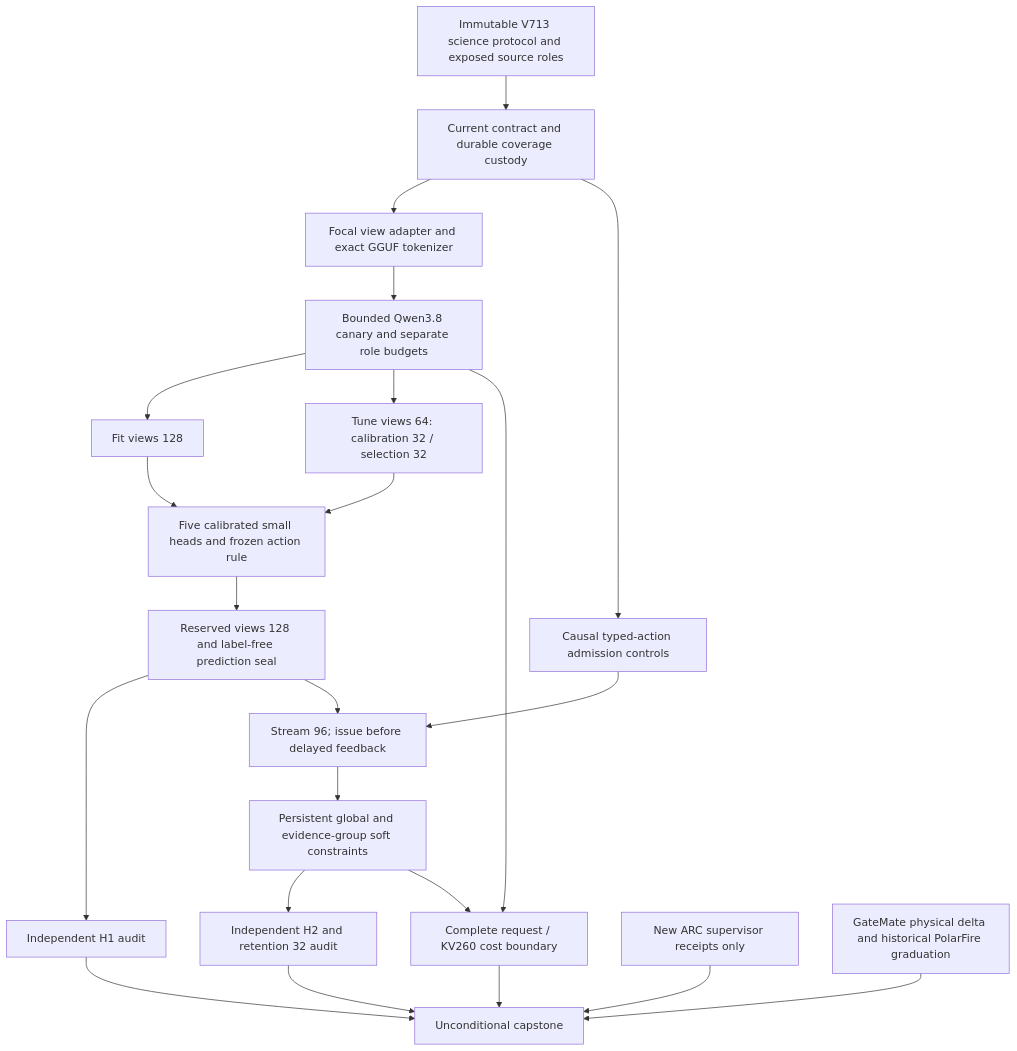
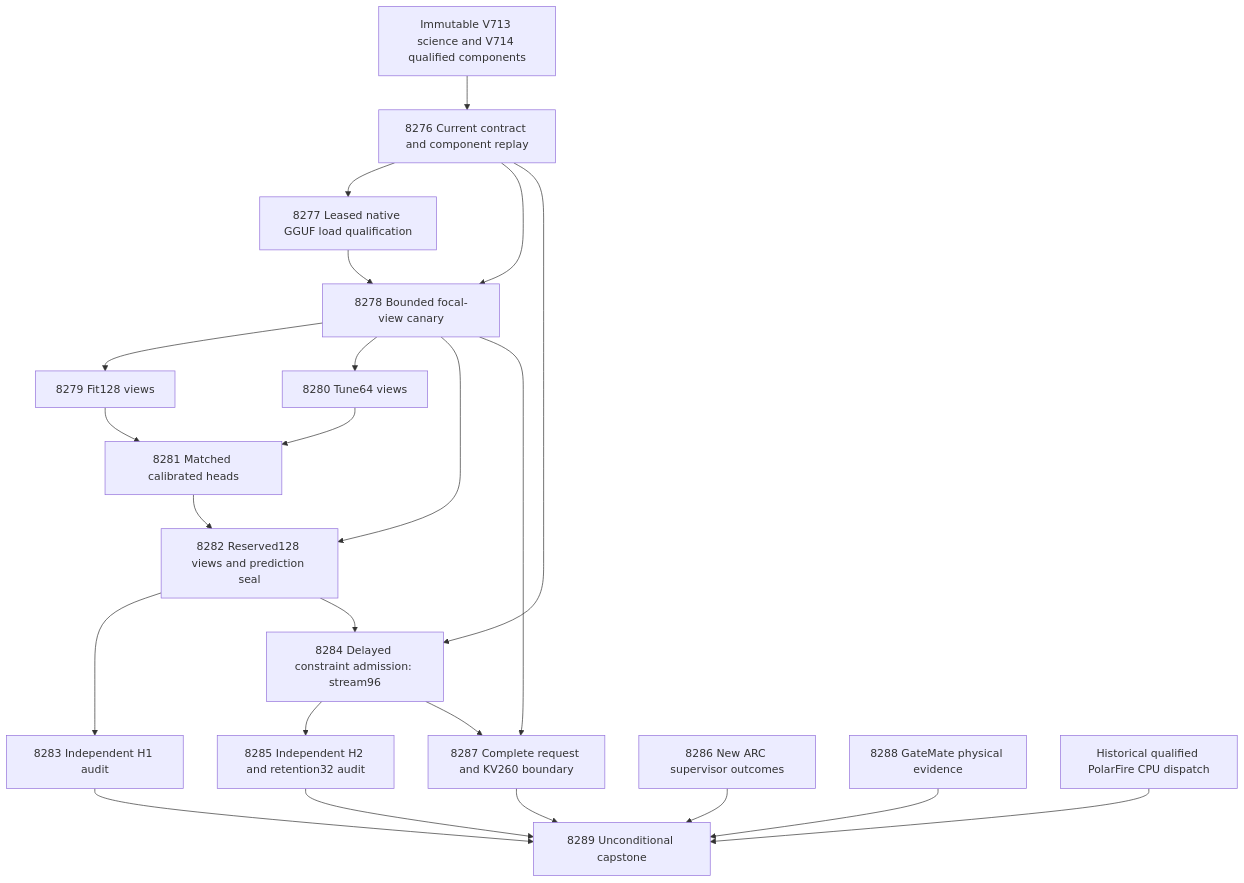
Before and after one commit to Carnot-EBM/carnot-ebm: the diagram in openspec/change-proposals/research-roadmap-vNEXT.md, drawn with Mermaid. The commit also changed other lines of this file and 13 other files, not shown here.

````diff
--- a/openspec/change-proposals/research-roadmap-vNEXT.md
+++ b/openspec/change-proposals/research-roadmap-vNEXT.md
@@ -104,24 +106,25 @@
 ```mermaid
 flowchart TD
-  H[Immutable V713 science protocol and exposed source roles] --> Q[Current contract and durable coverage custody]
-  Q --> V[Focal view adapter and exact GGUF tokenizer]
-  Q --> L[Causal typed-action admission controls]
-  V --> C[Bounded Qwen3.8 canary and separate role budgets]
-  C --> F[Fit views 128]
-  C --> T[Tune views 64: calibration 32 / selection 32]
-  F --> E[Five calibrated small heads and frozen action rule]
+  H[Immutable V713 science and V714 qualified components] --> A[8276 Current contract and component replay]
+  A --> B[8277 Leased native GGUF load qualification]
+  A --> C[8278 Bounded focal-view canary]
+  B --> C
+  C --> F[8279 Fit128 views]
+  C --> T[8280 Tune64 views]
+  F --> E[8281 Matched calibrated heads]
   T --> E
-  E --> R[Reserved views 128 and label-free prediction seal]
-  R --> A[Independent H1 audit]
-  R --> S[Stream 96; issue before delayed feedback]
-  L --> S
-  S --> M[Persistent global and evidence-group soft constraints]
-  M --> B[Independent H2 and retention 32 audit]
-  C --> K[Complete request / KV260 cost boundary]
-  M --> K
-  X[New ARC supervisor receipts only] --> Z[Unconditional capstone]
-  A --> Z
-  B --> Z
+  E --> R[8282 Reserved128 views and prediction seal]
+  C --> R
+  R --> V[8283 Independent H1 audit]
+  R --> L[8284 Delayed constraint admission: stream96]
+  A --> L
+  L --> Q[8285 Independent H2 and retention32 audit]
+  C --> K[8287 Complete request and KV260 boundary]
+  L --> K
+  V --> Z[8289 Unconditional capstone]
+  Q --> Z
   K --> Z
-  G[GateMate physical delta and historical PolarFire graduation] --> Z
+  X[8286 New ARC supervisor outcomes] --> Z
+  G[8288 GateMate physical evidence] --> Z
+  P[Historical qualified PolarFire CPU dispatch] --> Z
 ```
````
